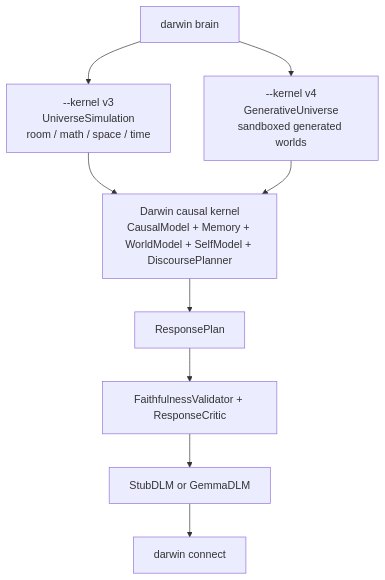
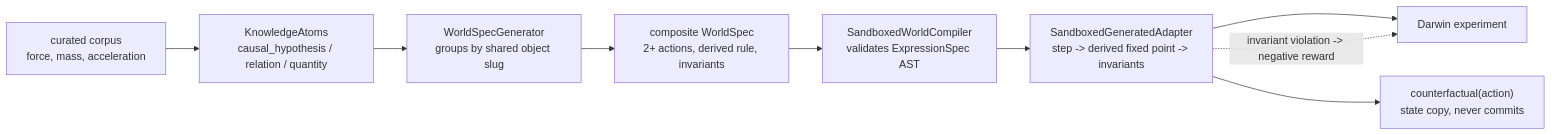
Before and after one commit to gh0st359/darwin: the diagram in docs/diagrams/readme-02.mmd, drawn with Mermaid. The commit also changed 11 other files, not shown here.

First line of the commit message:
Document v5 in README with flowcharts

```diff
--- a/docs/diagrams/readme-02.mmd
+++ b/docs/diagrams/readme-02.mmd
@@ -1,15 +1,14 @@
-flowchart TB
-    Brain["darwin brain"]
-    V3["--kernel v3<br/>UniverseSimulation<br/>room / math / space / time"]
-    V4["--kernel v4<br/>GenerativeUniverse<br/>sandboxed generated worlds"]
-    Kernel["Darwin causal kernel<br/>CausalModel + Memory + WorldModel + SelfModel + DiscoursePlanner"]
-    Plan["ResponsePlan"]
-    Validator["FaithfulnessValidator + ResponseCritic"]
-    Mouth["StubDLM or GemmaDLM"]
-    Connect["darwin connect"]
+flowchart LR
+    Corpus["curated corpus<br/>force, mass, acceleration"]
+    Atoms["KnowledgeAtoms<br/>causal_hypothesis / relation / quantity"]
+    Generator["WorldSpecGenerator<br/>groups by shared object slug"]
+    Composite["composite WorldSpec<br/>2+ actions, derived rule, invariants"]
+    Compiler["SandboxedWorldCompiler<br/>validates ExpressionSpec AST"]
+    Adapter["SandboxedGeneratedAdapter<br/>step -> derived fixed point -> invariants"]
+    Counterfactual["counterfactual(action)<br/>state copy, never commits"]
+    Experiment["Darwin experiment"]
 
-    Brain --> V3
-    Brain --> V4
-    V3 --> Kernel
-    V4 --> Kernel
-    Kernel --> Plan --> Validator --> Mouth --> Connect
+    Corpus --> Atoms --> Generator --> Composite --> Compiler --> Adapter
+    Adapter --> Experiment
+    Adapter --> Counterfactual
+    Adapter -. "invariant violation -> negative reward" .-> Experiment
```
